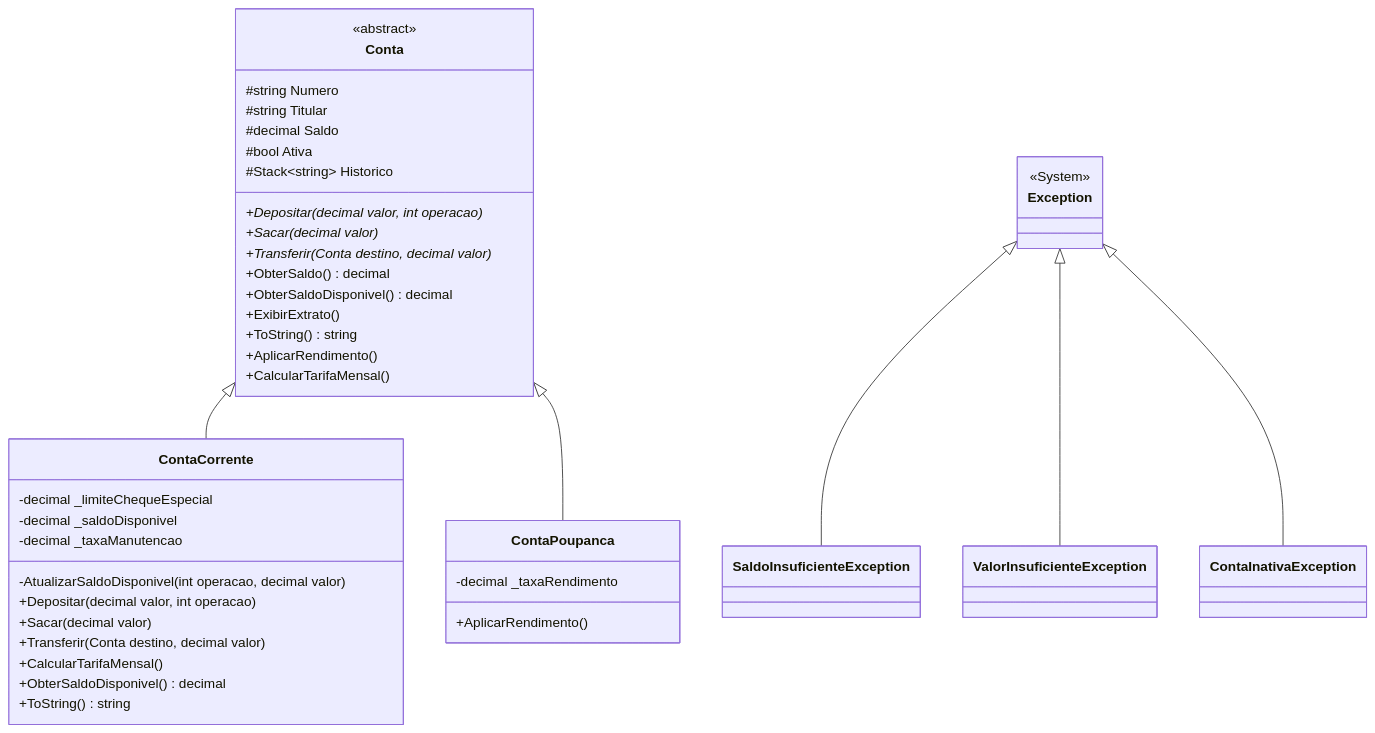
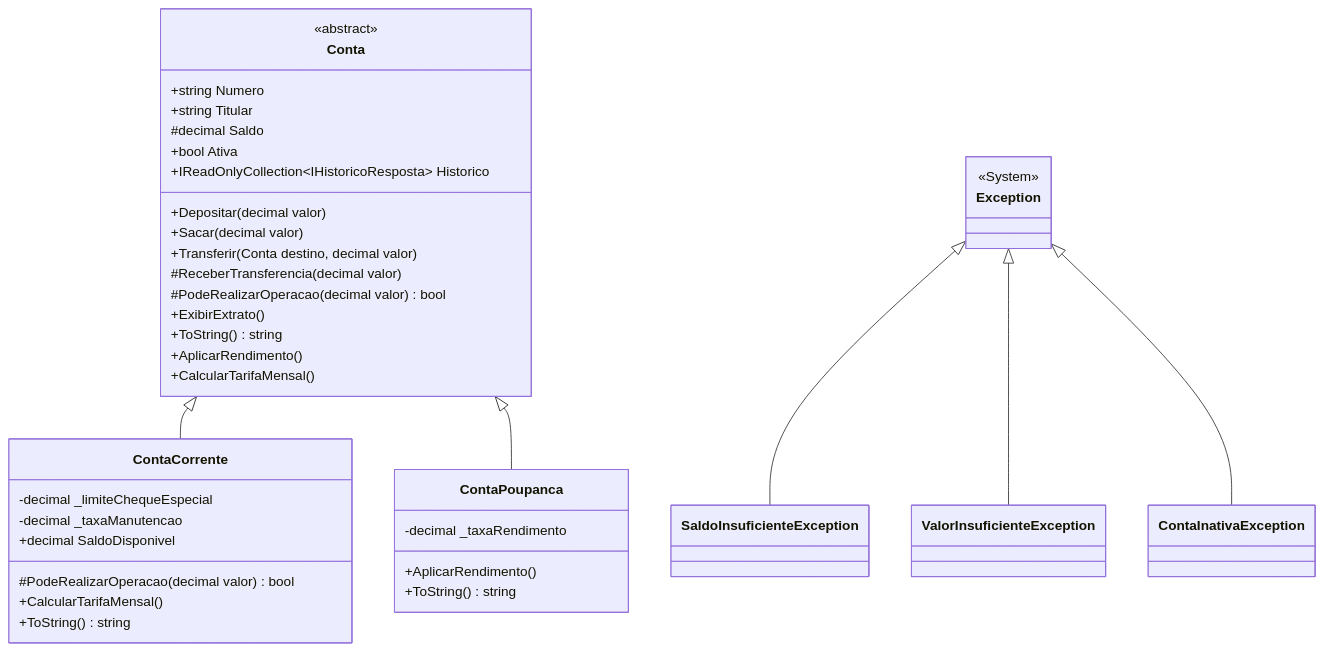
One commit to kenzofrias/ProjetoBanco changed the first of 4 diagrams in README.md. Above: the diagram before and after it, drawn with Mermaid. The commit also changed other lines of this file, not shown here.

````diff
--- a/README.md
+++ b/README.md
@@ -47,53 +47,50 @@
 ```mermaid
 classDiagram
     class Conta {
         <<abstract>>
-        #string Numero
-        #string Titular
+        +string Numero
+        +string Titular
         #decimal Saldo
-        #bool Ativa
-        #Stack~string~ Historico
-        +Depositar(decimal valor, int operacao)*
-        +Sacar(decimal valor)*
-        +Transferir(Conta destino, decimal valor)*
-        +ObterSaldo() decimal
-        +ObterSaldoDisponivel() decimal
+        +bool Ativa
+        +IReadOnlyCollection~IHistoricoResposta~ Historico
+        +Depositar(decimal valor)
+        +Sacar(decimal valor)
+        +Transferir(Conta destino, decimal valor)
+        #ReceberTransferencia(decimal valor)
+        #PodeRealizarOperacao(decimal valor) bool
         +ExibirExtrato()
         +ToString() string
         +AplicarRendimento()
         +CalcularTarifaMensal()
     }
 
     class ContaCorrente {
         -decimal _limiteChequeEspecial
-        -decimal _saldoDisponivel
         -decimal _taxaManutencao
-        -AtualizarSaldoDisponivel(int operacao, decimal valor)
-        +Depositar(decimal valor, int operacao)
-        +Sacar(decimal valor)
-        +Transferir(Conta destino, decimal valor)
+        +decimal SaldoDisponivel
+        #PodeRealizarOperacao(decimal valor) bool
         +CalcularTarifaMensal()
-        +ObterSaldoDisponivel() decimal
         +ToString() string
     }
 
     class ContaPoupanca {
         -decimal _taxaRendimento
         +AplicarRendimento()
+        +ToString() string
     }
 
     class Exception {
         <<System>>
     }
 
     class SaldoInsuficienteException
     class ValorInsuficienteException
     class ContaInativaException
 
     Conta <|-- ContaCorrente
     Conta <|-- ContaPoupanca
     
     Exception <|-- SaldoInsuficienteException
     Exception <|-- ValorInsuficienteException
     Exception <|-- ContaInativaException
 ```
````
